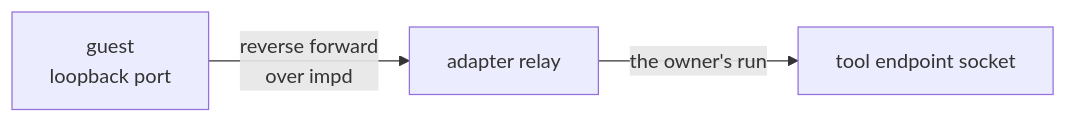
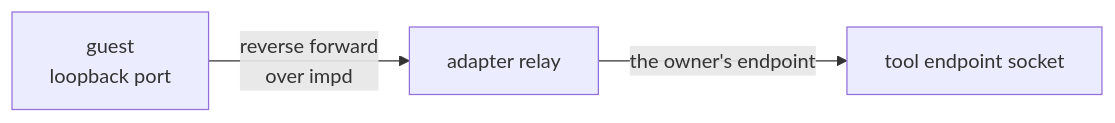
One commit to zgeoff/nixie changed the diagram in docs/architecture/connectors/sandboxes.md. Above: the diagram before and after it, drawn with Mermaid. The commit also changed other lines of this file and 106 other files, not shown here.

````diff
--- a/docs/architecture/connectors/sandboxes.md
+++ b/docs/architecture/connectors/sandboxes.md
@@ -58,5 +92,5 @@
 ```mermaid
 flowchart LR
   G["guest<br>loopback port"] -->|"reverse forward<br>over impd"| R["adapter relay"]
-  R -->|"the owner's run"| T["tool endpoint socket"]
+  R -->|"the owner's endpoint"| T["tool endpoint socket"]
 ```
````
